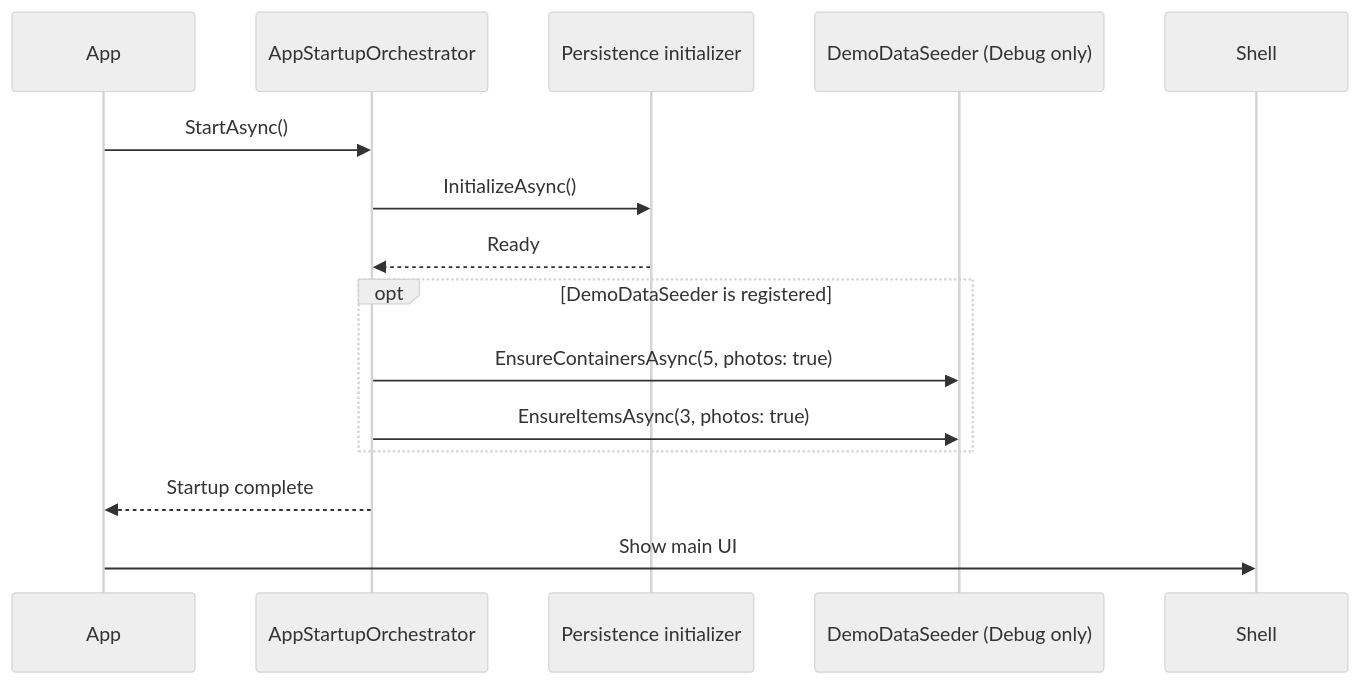
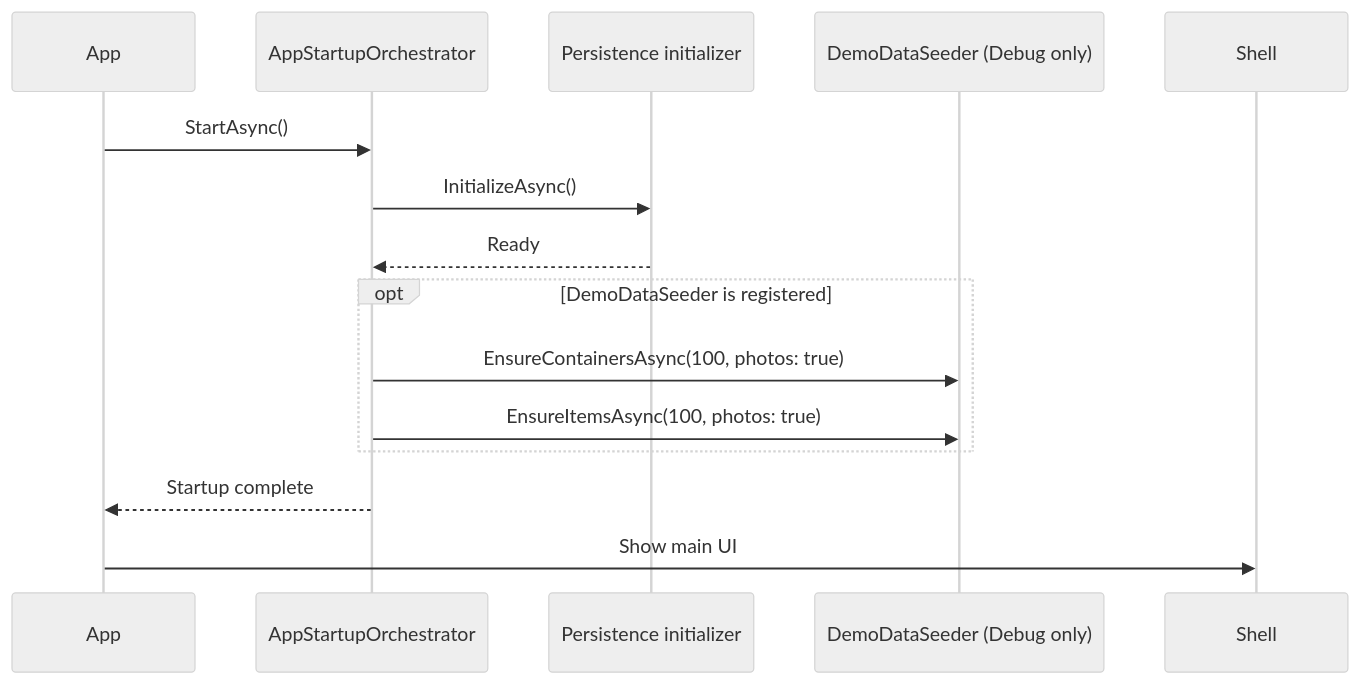
Before and after one commit to PRS-M/Mothball: the diagram in docs/Seeding.md, drawn with Mermaid (neutral theme). The commit also changed other lines of this file and 2 other files, not shown here.

````diff
--- a/docs/Seeding.md
+++ b/docs/Seeding.md
@@ -53,18 +57,18 @@
 ```mermaid
 sequenceDiagram
     participant App
     participant Startup as AppStartupOrchestrator
     participant Store as Persistence initializer
     participant Seeder as DemoDataSeeder (Debug only)
     participant Shell
 
     App->>Startup: StartAsync()
     Startup->>Store: InitializeAsync()
     Store-->>Startup: Ready
     opt DemoDataSeeder is registered
-        Startup->>Seeder: EnsureContainersAsync(5, photos: true)
-        Startup->>Seeder: EnsureItemsAsync(3, photos: true)
+        Startup->>Seeder: EnsureContainersAsync(100, photos: true)
+        Startup->>Seeder: EnsureItemsAsync(100, photos: true)
     end
     Startup-->>App: Startup complete
     App->>Shell: Show main UI
 ```
````
